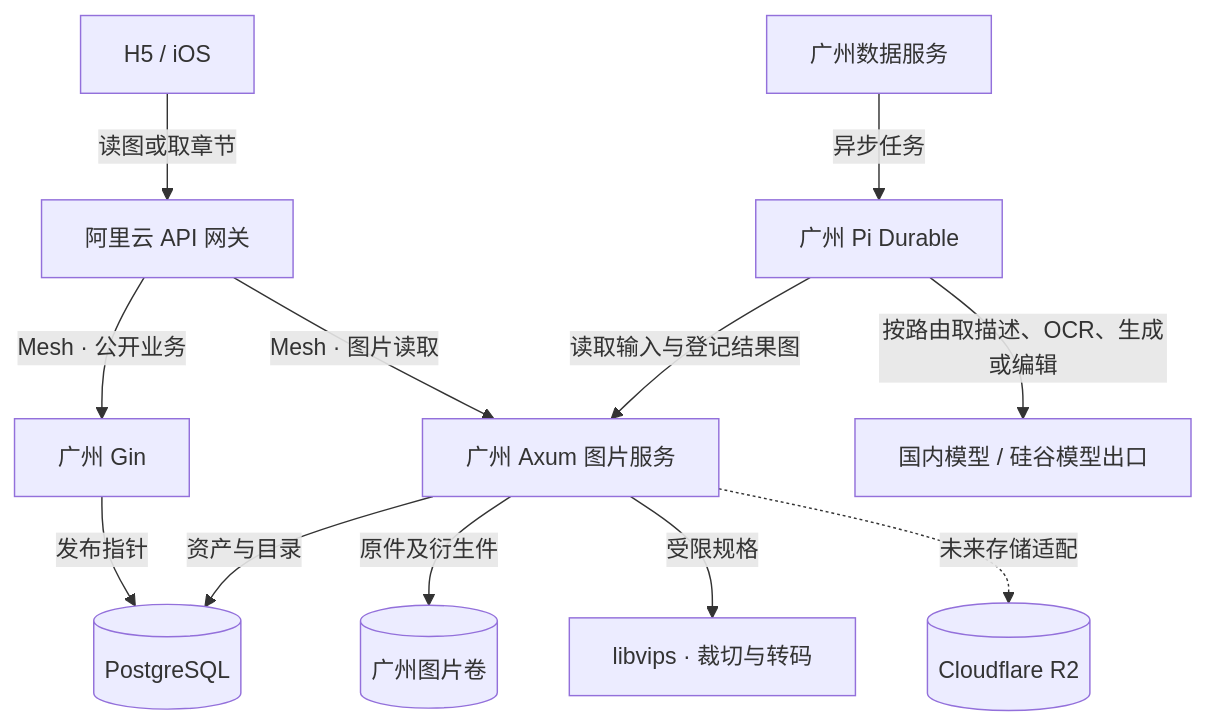
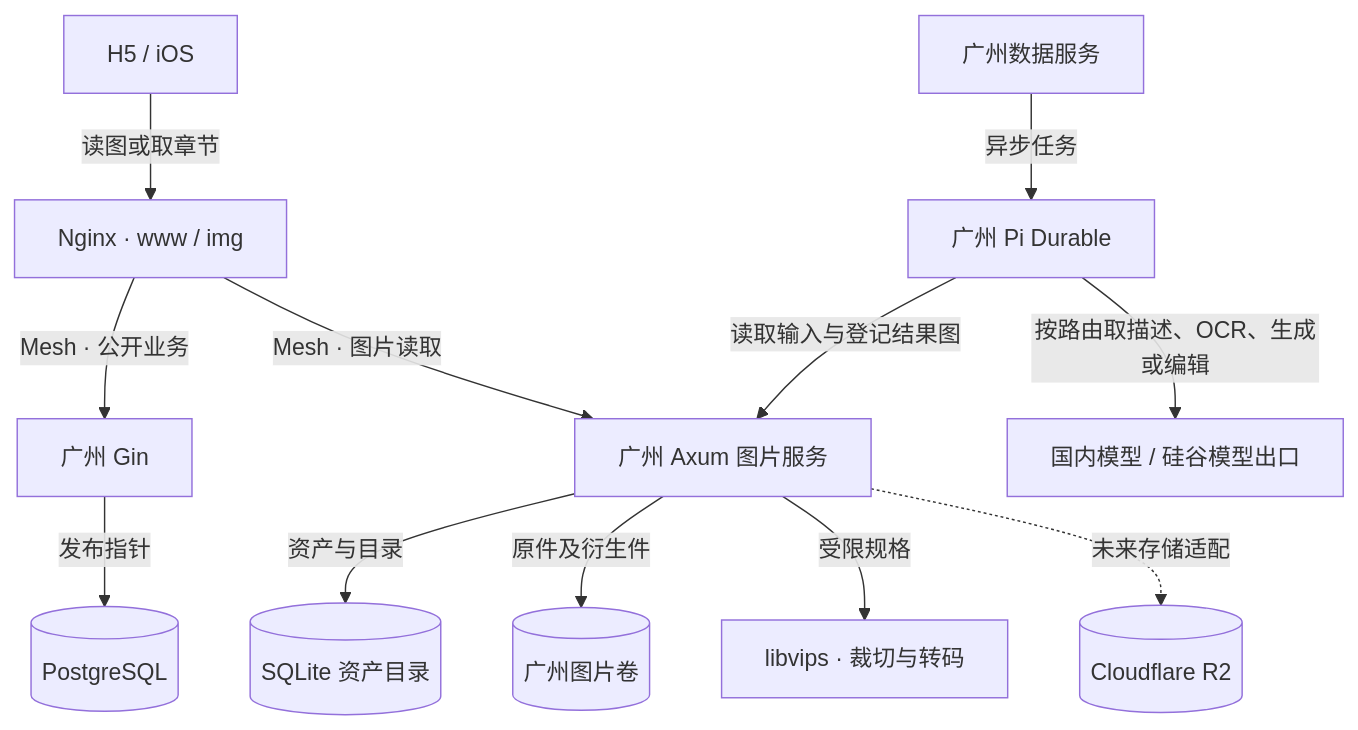
One commit to bluedao10000/player changed the diagram in docs/diagrams/media-platform.mmd. Above: the diagram before and after it, drawn with Mermaid. The commit also changed 136 other files, not shown here.

Commit message:
部署：切换静态前端与独立图片域名

```diff
--- a/docs/diagrams/media-platform.mmd
+++ b/docs/diagrams/media-platform.mmd
@@ -1,23 +1,24 @@
 flowchart TB
-  reader["H5 / iOS"] -->|读图或取章节| gw["阿里云 API 网关"]
+  reader["H5 / iOS"] -->|读图或取章节| gw["Nginx · www / img"]
   gw -->|Mesh · 公开业务| api["广州 Gin"]
   gw -->|Mesh · 图片读取| img["广州 Axum 图片服务"]
   api -->|发布指针| db[("PostgreSQL")]
-  img -->|资产与目录| db
+  img -->|资产与目录| index[("SQLite 资产目录")]
   img -->|原件及衍生件| disk[("广州图片卷")]
   img -->|受限规格| vips["libvips · 裁切与转码"]
   img -.未来存储适配.-> r2[("Cloudflare R2")]
   worker["广州数据服务"] -->|异步任务| pi["广州 Pi Durable"]
   pi -->|读取输入与登记结果图| img
   pi -->|按路由取描述、OCR、生成或编辑| model["国内模型 / 硅谷模型出口"]
 %% reader | 目标方案：H5 / iOS | docs/图片库架构.md
-%% gw | 目标方案：按路径和方法分流，保留旧图片与支付回调地址。 | docs/图片库架构.md
+%% gw | 按域名和方法分流，公开图可缓存。 | docs/图片库架构.md
 %% api | 目标方案：广州 Gin | docs/图片库架构.md
 %% img | 目标方案：验签、查资产可见性、流式读取并处理图片。 | docs/图片库架构.md
-%% db | 目标方案：制作、读者与资产元数据分别授权；发布指针由业务事务控制。 | docs/图片库架构.md
+%% index | 图片元数据和可见性保存在独立资产目录。 | apps/image/src/schema.sql
+%% db | 读者库由业务事务维护发布指针。 | docs/图片库架构.md
 %% disk | 目标方案：广州图片卷 | docs/图片库架构.md
 %% vips | 目标方案：libvips · 裁切与转码 | docs/图片库架构.md
-%% r2 | 目标方案：回填并校验历史对象后逐步切换读写。 | docs/图片库架构.md
+%% r2 | 目标方案：可接入对象存储读写。 | docs/图片库架构.md
 %% worker | 目标方案：广州数据服务 | docs/图片库架构.md
 %% pi | 目标方案：广州 Pi Durable | docs/图片库架构.md
 %% model | 目标方案：国内模型 / 硅谷模型出口 | docs/图片库架构.md
```
